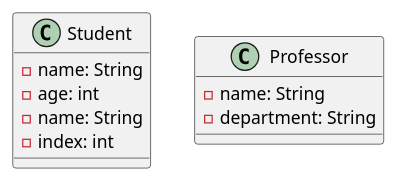
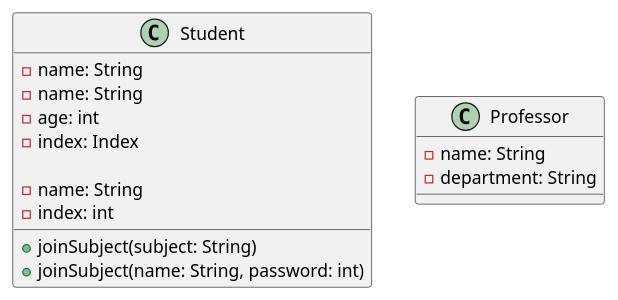
The diagram in umlDiagram-Rust/examples/zad6.puml (SrdjanB333/UMLtoRust), drawn with PlantUML before and after one commit. The commit also changed 13 other files, not shown here.

```diff
--- a/umlDiagram-Rust/examples/zad6.puml
+++ b/umlDiagram-Rust/examples/zad6.puml
@@ -1,16 +1,21 @@
 @startuml
 class Student {
     -name: String
+    -name: String
     -age: int
+    -index: Index
+
+    +joinSubject(subject: String)
+    +joinSubject(name: String, password: int)
 }
 
 class Professor {
     -name: String
     -department: String
 }
 
 class Student {
     -name: String
     -index: int
 }
 @enduml
```
